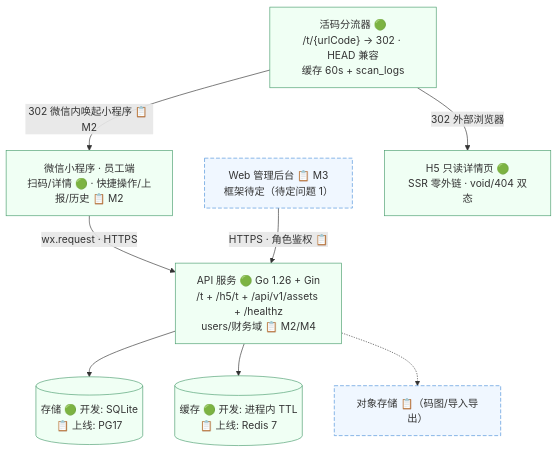
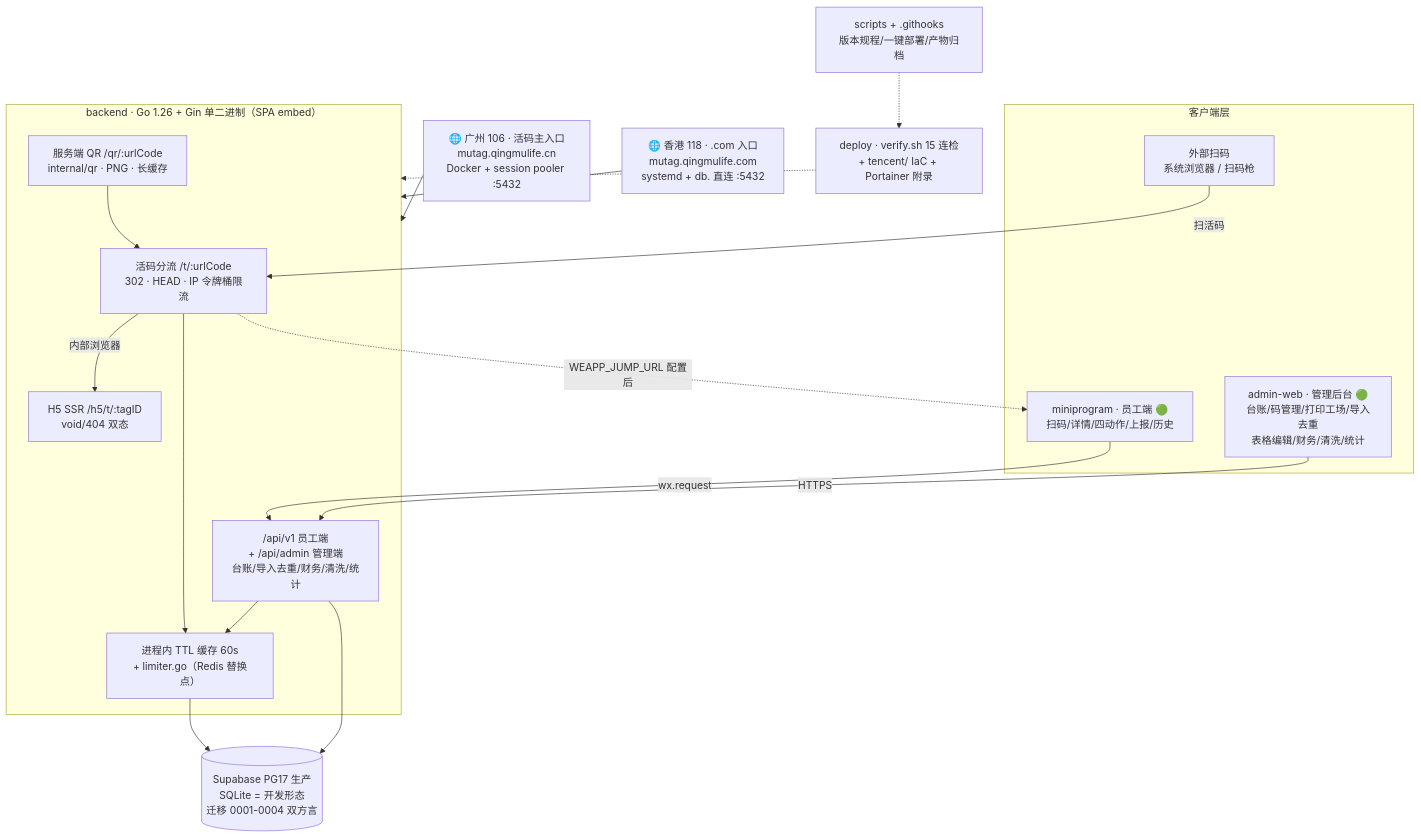
Before and after one commit to changzhi777/MuTag: the diagram in CLAUDE.md, drawn with Mermaid. The commit also changed other lines of this file, not shown here.

Commit message:
docs: V1.17 入档（QR 中心嵌 logo 落地 + embed blank import/106 fetch 损坏双坑）

````diff
--- a/CLAUDE.md
+++ b/CLAUDE.md
@@ -63,30 +66,43 @@
 ```mermaid
 graph TD
-    MP["微信小程序 · 员工端<br/>扫码/详情 🟢 · 快捷操作/上报/历史 📋 M2"]
-    AW["Web 管理后台 📋 M3<br/>框架待定（待定问题 1）"]
-    SL["活码分流器 🟢<br/>/t/{urlCode} → 302 · HEAD 兼容<br/>缓存 60s + scan_logs"]
-    H5["H5 只读详情页 🟢<br/>SSR 零外链 · void/404 双态"]
+    subgraph CLIENT["客户端层"]
+        MP["miniprogram · 员工端 🟢<br/>扫码/详情/四动作/上报/历史"]
+        AW["admin-web · 管理后台 🟢<br/>台账/码管理/打印工场/导入去重<br/>表格编辑/财务/清洗/统计"]
+        EXT["外部扫码<br/>系统浏览器 / 扫码枪"]
+    end
 
-    API["API 服务 🟢 Go 1.26 + Gin<br/>/t + /h5/t + /api/v1/assets + /healthz<br/>users/财务域 📋 M2/M4"]
+    subgraph BE["backend · Go 1.26 + Gin 单二进制（SPA embed）"]
+        SL["活码分流 /t/:urlCode<br/>302 · HEAD · IP 令牌桶限流"]
+        QREP["服务端 QR /qr/:urlCode<br/>internal/qr · PNG · 长缓存"]
+        H5["H5 SSR /h5/t/:tagID<br/>void/404 双态"]
+        API["/api/v1 员工端<br/>+ /api/admin 管理端<br/>台账/导入去重/财务/清洗/统计"]
+        CACHE["进程内 TTL 缓存 60s<br/>+ limiter.go（Redis 替换点）"]
+    end
 
-    DB[("存储 🟢 开发: SQLite<br/>📋 上线: PG17")]
-    CACHE[("缓存 🟢 开发: 进程内 TTL<br/>📋 上线: Redis 7")]
-    OSS["对象存储 📋（码图/导入导出）"]
+    DB[("Supabase PG17 生产<br/>SQLite = 开发形态<br/>迁移 0001-0004 双方言")]
+    GZ["🌐 广州 106 · 活码主入口<br/>mutag.qingmulife.cn<br/>Docker + session pooler :5432"]
+    HK["🌐 香港 118 · .com 入口<br/>mutag.qingmulife.com<br/>systemd + db. 直连 :5432"]
+    DEP["deploy · verify.sh 15 连检<br/>+ tencent/ IaC + Portainer 附录"]
+    TOOLS["scripts + .githooks<br/>版本规程/一键部署/产物归档"]
 
-    MP -->|"wx.request · HTTPS"| API
-    AW -->|"HTTPS · 角色鉴权 📋"| API
-    SL -->|"302 微信内唤起小程序 📋 M2"| MP
-    SL -->|"302 外部浏览器"| H5
+    MP -->|"wx.request"| API
+    AW -->|"HTTPS"| API
+    EXT -->|"扫活码"| SL
+    SL -->|"内部浏览器"| H5
+    SL -.->|"WEAPP_JUMP_URL 配置后"| MP
+    QREP --> SL
+    SL --> CACHE
+    API --> CACHE
+    CACHE --> DB
     API --> DB
-    API --> CACHE
-    API -.-> OSS
+    GZ --> BE
+    HK --> BE
+    DEP -.-> BE
+    TOOLS -.-> DEP
 
-    style MP fill:#f0fff4,stroke:#4a9d6e
-    style SL fill:#f0fff4,stroke:#4a9d6e
-    style H5 fill:#f0fff4,stroke:#4a9d6e
-    style API fill:#f0fff4,stroke:#4a9d6e
-    style DB fill:#f0fff4,stroke:#4a9d6e
-    style CACHE fill:#f0fff4,stroke:#4a9d6e
-    style AW fill:#f0f7ff,stroke:#4a90d9,stroke-dasharray:6 3
-    style OSS fill:#f0f7ff,stroke:#4a90d9,stroke-dasharray:6 3
+    click MP "./miniprogram/CLAUDE.md" "miniprogram 模块文档"
+    click AW "./admin-web/CLAUDE.md" "admin-web 模块文档"
+    click BE "./backend/CLAUDE.md" "backend 模块文档"
+    click QREP "./backend/CLAUDE.md" "internal/qr 详见 backend 模块文档"
+    click DEP "./deploy/CLAUDE.md" "deploy 模块文档"
 ```
````
